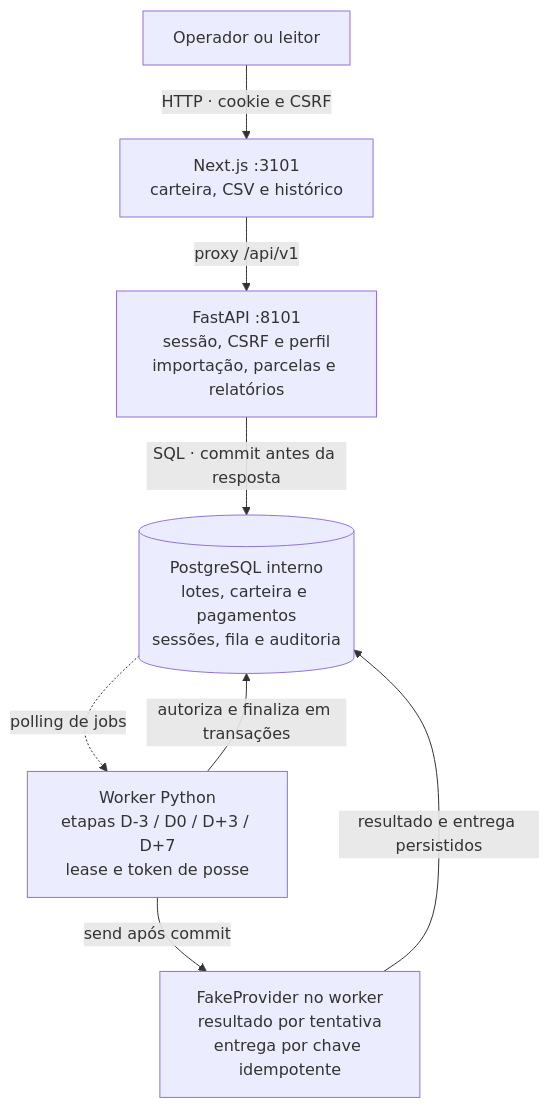
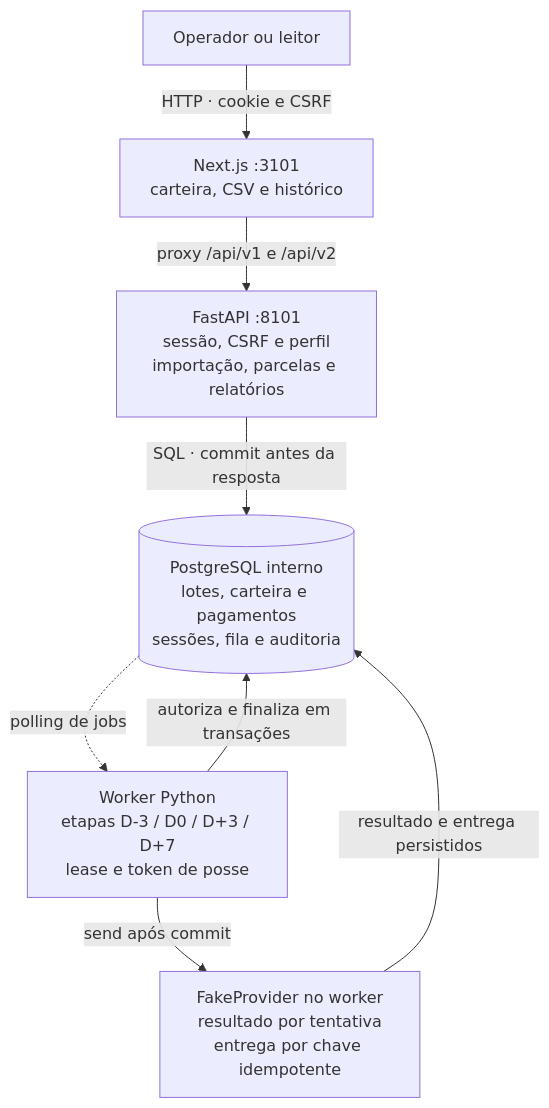
One commit to arthurjoanes/gestao-recebiveis changed the diagram in README.md. Above: the diagram before and after it, drawn with Mermaid. The commit also changed other lines of this file and 38 other files, not shown here.

````diff
--- a/README.md
+++ b/README.md
@@ -46,16 +46,16 @@
 ```mermaid
 flowchart TB
     Browser["Operador ou leitor"]
     Web["Next.js :3101<br/>carteira, CSV e histórico"]
     API["FastAPI :8101<br/>sessão, CSRF e perfil<br/>importação, parcelas e relatórios"]
     DB[("PostgreSQL interno<br/>lotes, carteira e pagamentos<br/>sessões, fila e auditoria")]
     Worker["Worker Python<br/>etapas D-3 / D0 / D+3 / D+7<br/>lease e token de posse"]
     Fake["FakeProvider no worker<br/>resultado por tentativa<br/>entrega por chave idempotente"]
     Browser -->|"HTTP · cookie e CSRF"| Web
-    Web -->|"proxy /api/v1"| API
+    Web -->|"proxy /api/v1 e /api/v2"| API
     API -->|"SQL · commit antes da resposta"| DB
     DB -.->|"polling de jobs"| Worker
     Worker -->|"autoriza e finaliza em transações"| DB
     Worker -->|"send após commit"| Fake
     Fake -->|"resultado e entrega persistidos"| DB
 ```
````
